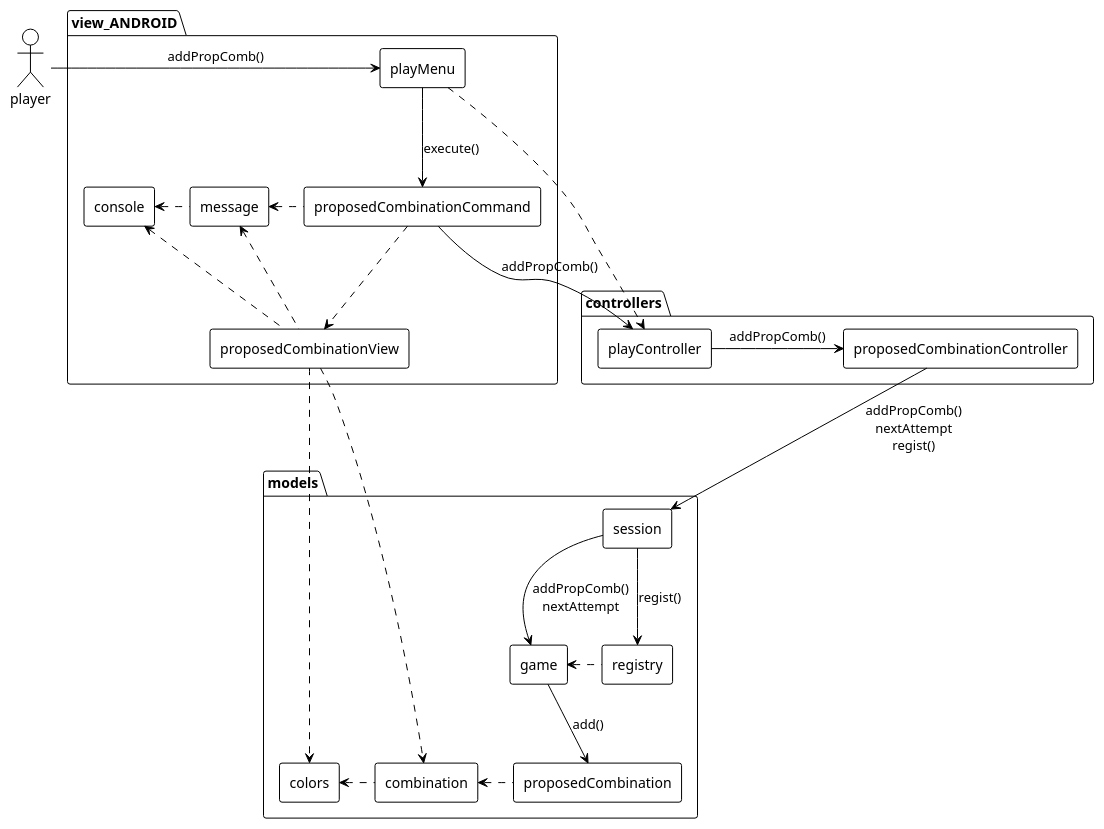
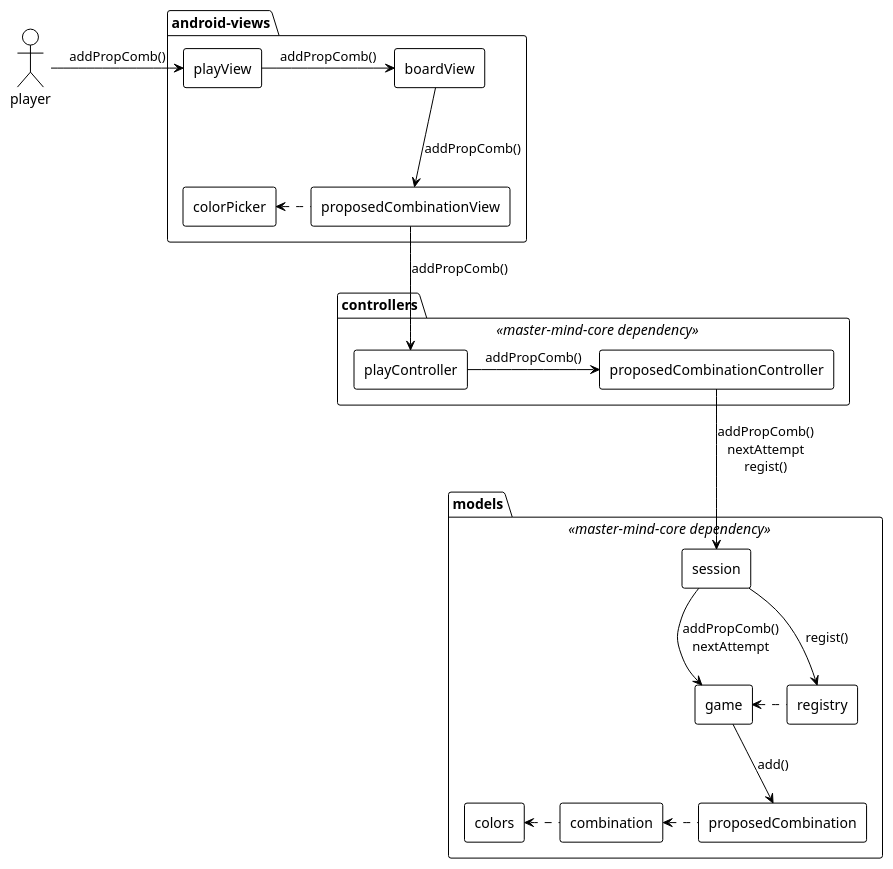
One commit to PacoMorando/master-mind-android changed the diagram in docs/colaboration_propose_combination/colaboration_propose_combination.plantuml. Above: the diagram before and after it, drawn with PlantUML. The commit also changed 3 other files, not shown here.

```diff
--- a/docs/colaboration_propose_combination/colaboration_propose_combination.plantuml
+++ b/docs/colaboration_propose_combination/colaboration_propose_combination.plantuml
@@ -1,47 +1,41 @@
 @startuml colaboration-propose-combination
 !theme plain
 
 actor player
 
-package view_ANDROID{
-    agent playMenu
-    agent proposedCombinationCommand
+package android-views{
+    agent playView
     agent proposedCombinationView
-    agent message
-    agent console
+    agent colorPicker
+    agent boardView
 }
-package controllers {
+package controllers <<master-mind-core dependency>> {
     agent playController
     agent proposedCombinationController
 }
-package models {
+package models <<master-mind-core dependency>> {
     agent session
     agent registry
     agent game
     agent proposedCombination
     agent combination
     agent colors
 }
 
-playMenu ..> playController
-player -right-> playMenu :addPropComb()
-playMenu --> proposedCombinationCommand :execute()
-proposedCombinationCommand --> playController :addPropComb()
-proposedCombinationCommand ..> proposedCombinationView
-proposedCombinationCommand .left.> message
-proposedCombinationView .up.> console
-proposedCombinationView .up.> message
-proposedCombinationView ..> combination
-proposedCombinationView ..> colors
-message .left.> console
+player -right-> playView :addPropComb()
+playView -right-> boardView :addPropComb()
+boardView  --> proposedCombinationView :addPropComb()
+proposedCombinationView --> playController :addPropComb()
+proposedCombinationView .left.> colorPicker
+
 
 playController -right-> proposedCombinationController :addPropComb()
 proposedCombinationController -down-> session :addPropComb()\nnextAttempt\nregist()
 session -down-> game :addPropComb()\nnextAttempt
 session -down-> registry :regist()
 registry .left.> game
 game -down-> proposedCombination :add()
 proposedCombination .left.> combination
 combination .left.> colors
 
 @enduml
```
